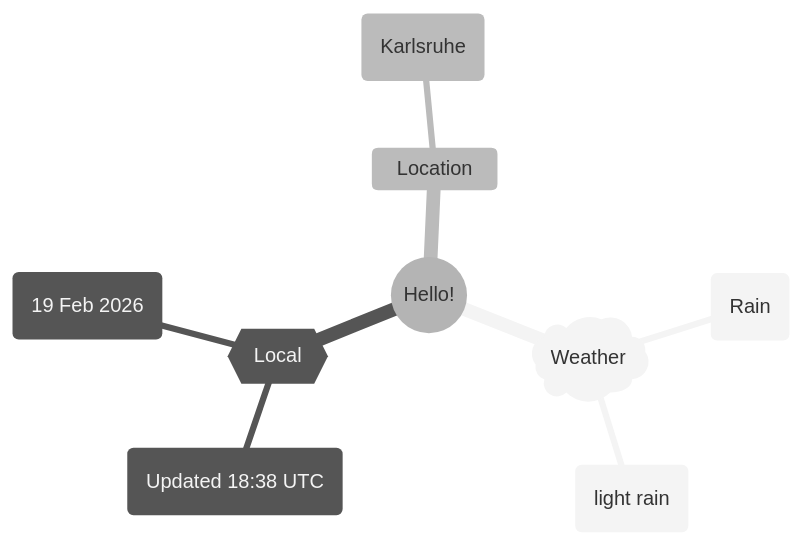
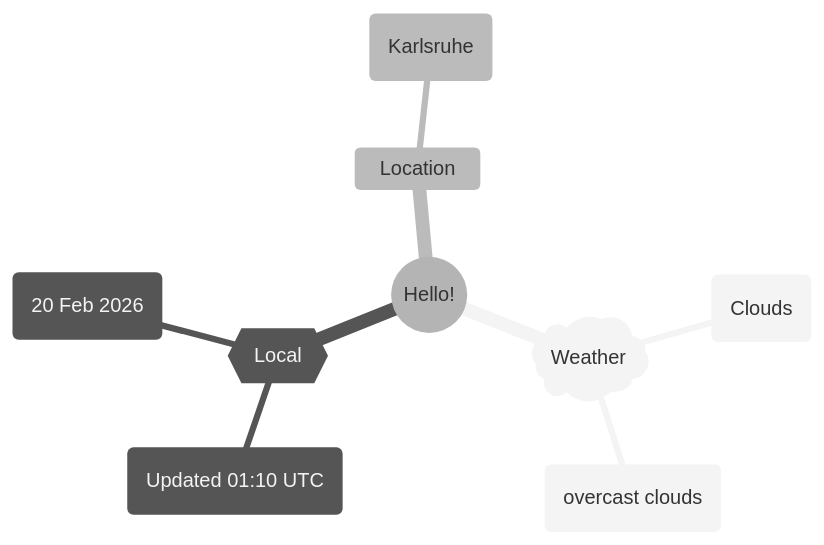
The first of 2 diagrams in README.md (Xosrov/Xosrov), drawn with Mermaid (neutral theme) before and after one commit.

Commit message:
[bot] updated images

````diff
--- a/README.md
+++ b/README.md
@@ -3,12 +3,12 @@
 ```mermaid
 mindmap
   root((Hello!))
     )Weather(
-        (Rain)
-        (light rain)
+        (Clouds)
+        (overcast clouds)
     {{Local}}
-        (Updated 18:38 UTC)
-        (19 Feb 2026)
+        (Updated 01:10 UTC)
+        (20 Feb 2026)
     Location
         (Karlsruhe)
 ```
````
